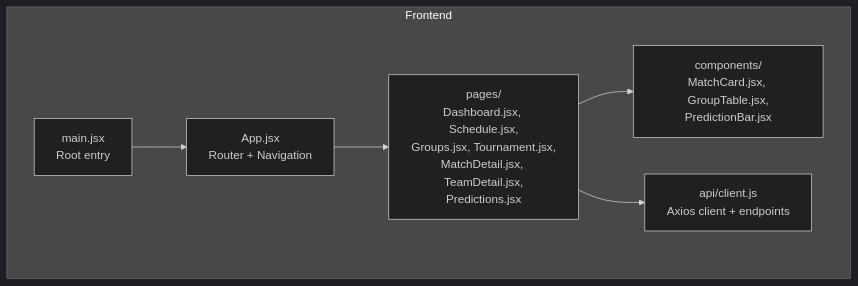
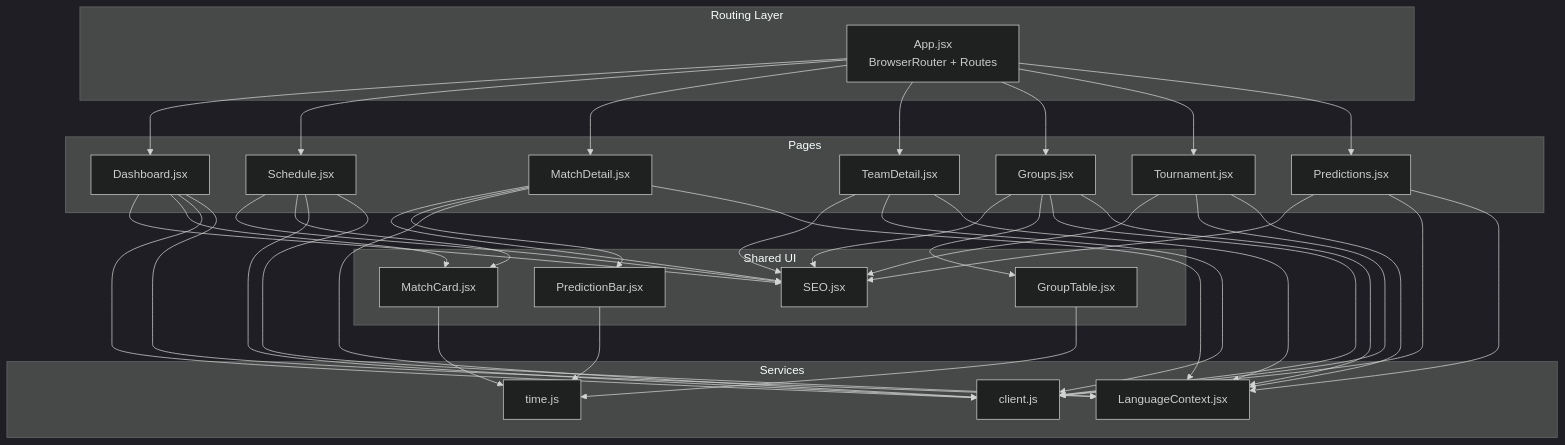
One commit to cheesiong/WC26-qwen changed the first of 10 diagrams in .qoder/repowiki/en/content/Frontend Application/Page Components.md. Above: the diagram before and after it, drawn with Mermaid (dark theme). The commit also changed other lines of this file and 181 other files, not shown here.

````diff
--- a/.qoder/repowiki/en/content/Frontend Application/Page Components.md
+++ b/.qoder/repowiki/en/content/Frontend Application/Page Components.md
@@ -47,14 +39,61 @@
 ```mermaid
 graph TB
-subgraph "Frontend"
-A["main.jsx<br/>Root entry"]
-B["App.jsx<br/>Router + Navigation"]
-C["pages/<br/>Dashboard.jsx, Schedule.jsx,<br/>Groups.jsx, Tournament.jsx,<br/>MatchDetail.jsx, TeamDetail.jsx,<br/>Predictions.jsx"]
-D["components/<br/>MatchCard.jsx, GroupTable.jsx,<br/>PredictionBar.jsx"]
-E["api/client.js<br/>Axios client + endpoints"]
+subgraph "Routing Layer"
+App["App.jsx<br/>BrowserRouter + Routes"]
 end
-A --> B
-B --> C
-C --> D
-C --> E
+subgraph "Pages"
+D["Dashboard.jsx"]
+S["Schedule.jsx"]
+MD["MatchDetail.jsx"]
+TD["TeamDetail.jsx"]
+G["Groups.jsx"]
+T["Tournament.jsx"]
+P["Predictions.jsx"]
+end
+subgraph "Shared UI"
+MC["MatchCard.jsx"]
+GT["GroupTable.jsx"]
+PB["PredictionBar.jsx"]
+SEO["SEO.jsx"]
+end
+subgraph "Services"
+LC["LanguageContext.jsx"]
+TIME["time.js"]
+API["client.js"]
+end
+App --> D
+App --> S
+App --> MD
+App --> TD
+App --> G
+App --> T
+App --> P
+D --> SEO
+S --> SEO
+MD --> SEO
+TD --> SEO
+G --> SEO
+T --> SEO
+P --> SEO
+D --> MC
+S --> MC
+MD --> PB
+G --> GT
+D --> API
+S --> API
+MD --> API
+TD --> API
+G --> API
+T --> API
+P --> API
+D --> LC
+S --> LC
+MD --> LC
+TD --> LC
+G --> LC
+T --> LC
+P --> LC
+MC --> TIME
+GT --> TIME
+PB --> TIME
 ```
````
